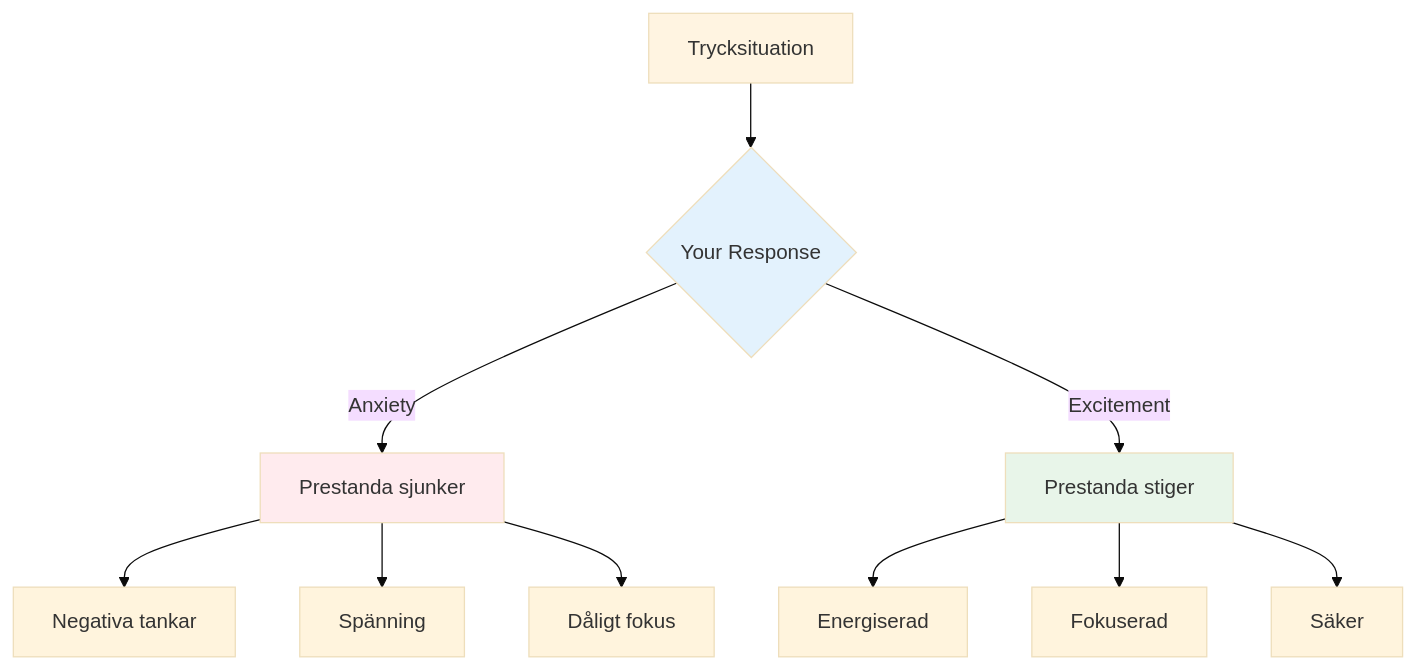
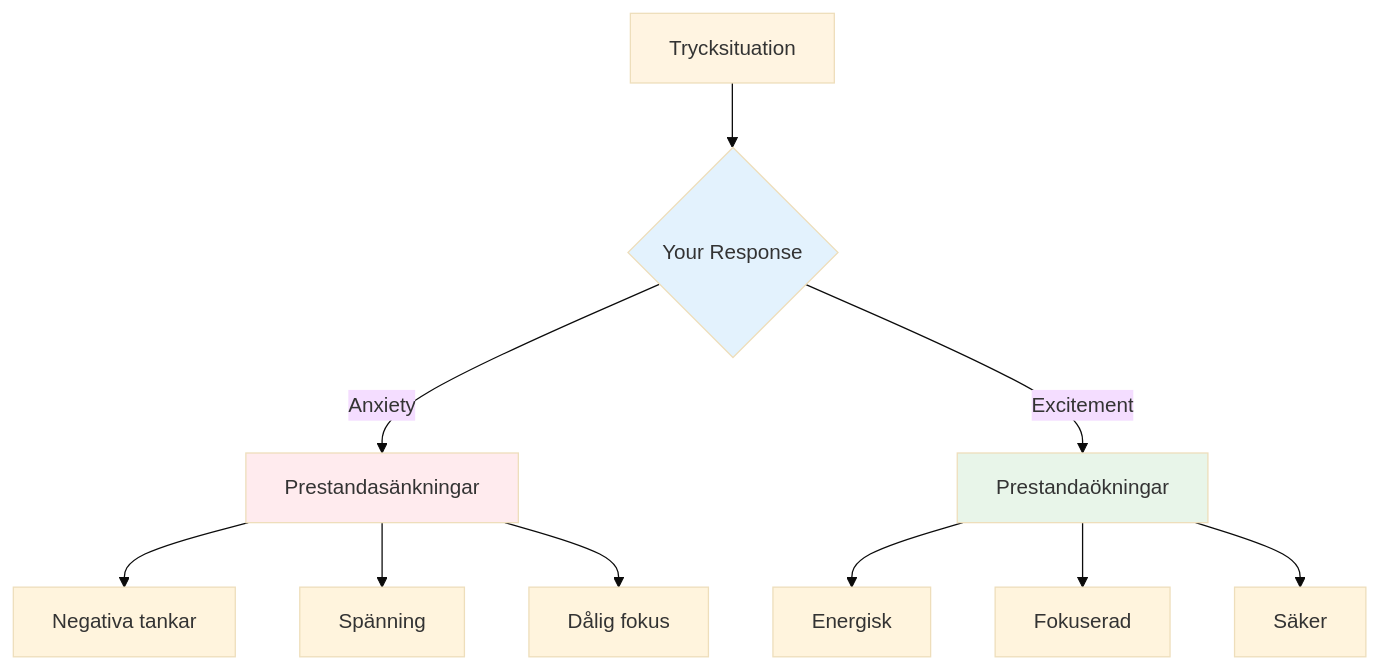
The diagram in docs/sv/education/mental-strength/handling-pressure.md (patwii/petanque-academy), drawn with Mermaid (base theme) before and after one commit. The commit also changed other lines of this file and 532 other files, not shown here.

````diff
--- a/docs/sv/education/mental-strength/handling-pressure.md
+++ b/docs/sv/education/mental-strength/handling-pressure.md
@@ -11,19 +11,19 @@
 ```mermaid
 graph TD
     A[Trycksituation] --> B{Your Response}
-    B -->|Anxiety| C[Prestanda sjunker]
-    B -->|Excitement| D[Prestanda stiger]
+    B -->|Anxiety| C[Prestandasänkningar]
+    B -->|Excitement| D[Prestandaökningar]
 
     C --> E[Negativa tankar]
     C --> F[Spänning]
-    C --> G[Dåligt fokus]
+    C --> G[Dålig fokus]
 
-    D --> H[Energiserad]
+    D --> H[Energisk]
     D --> I[Fokuserad]
     D --> J[Säker]
 
     style A fill:#fff4e1
     style B fill:#e3f2fd
     style C fill:#ffebee
     style D fill:#e8f5e9
 ```
````
